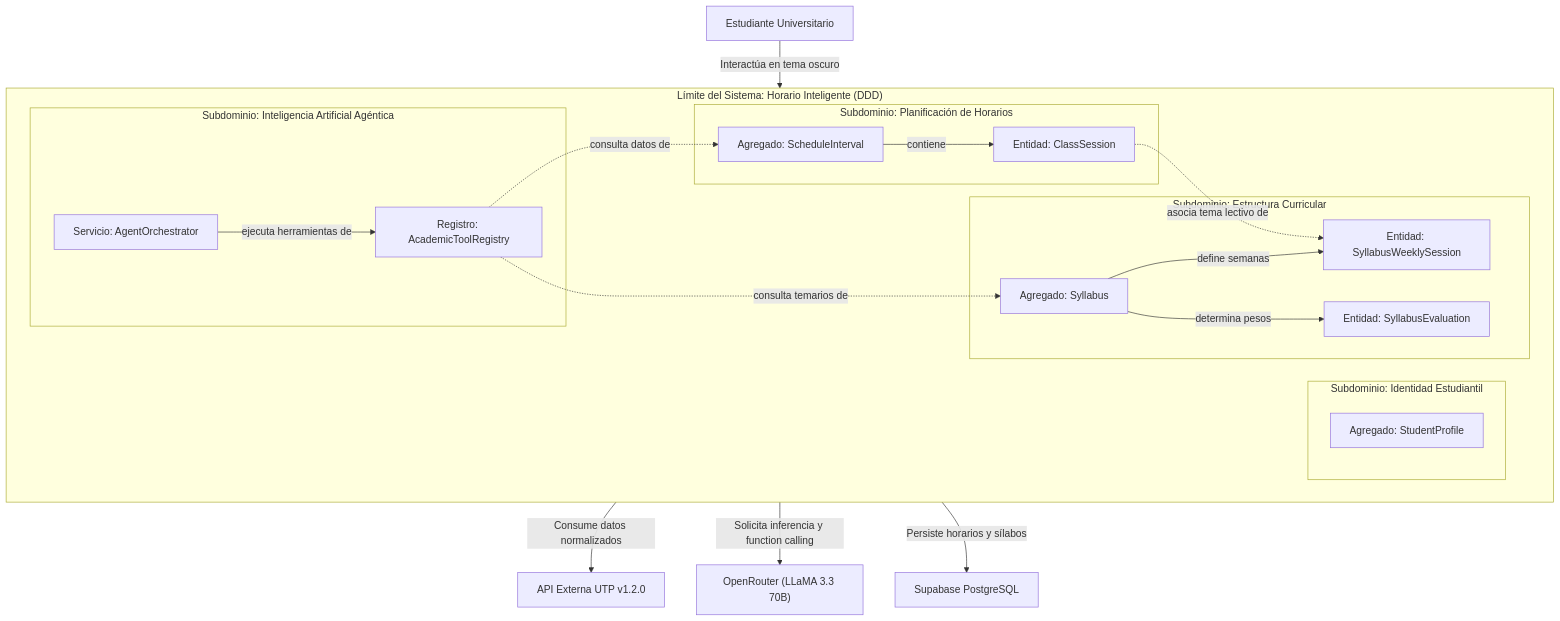
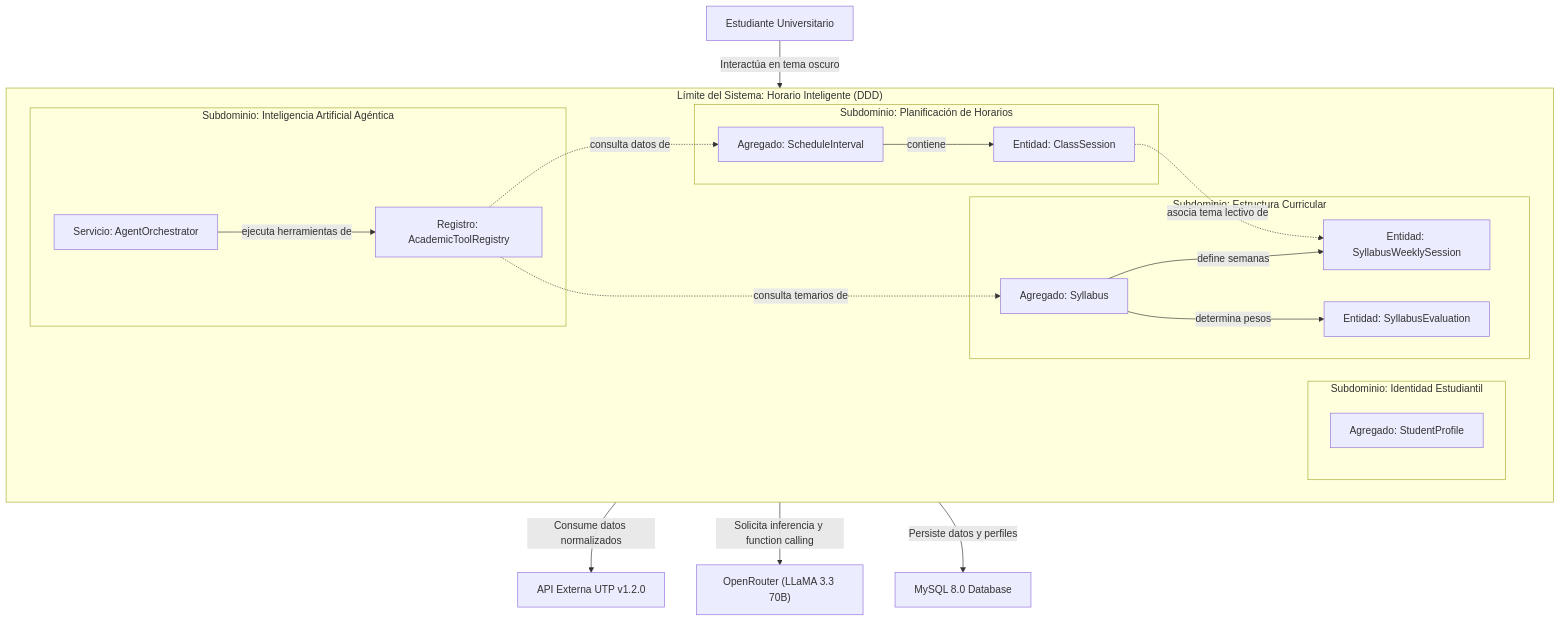
One commit to Joan2022Laurente/horarioInteligente changed the second of 9 diagrams in INFORME_TECNICO_PROYECTO.md. Above: the diagram before and after it, drawn with Mermaid. The commit also changed other lines of this file and 12 other files, not shown here.

````diff
--- a/INFORME_TECNICO_PROYECTO.md
+++ b/INFORME_TECNICO_PROYECTO.md
@@ -326,37 +326,37 @@
 ```mermaid
 graph TB
     subgraph DominioAcademico["Límite del Sistema: Horario Inteligente (DDD)"]
         subgraph SubdominioHorario["Subdominio: Planificación de Horarios"]
             ScheduleInterval["Agregado: ScheduleInterval"]
             ClassSession["Entidad: ClassSession"]
             ScheduleInterval -->|contiene| ClassSession
         end
 
         subgraph SubdominioSilabo["Subdominio: Estructura Curricular"]
             Syllabus["Agregado: Syllabus"]
             SyllabusSession["Entidad: SyllabusWeeklySession"]
             Evaluation["Entidad: SyllabusEvaluation"]
             Syllabus -->|define semanas| SyllabusSession
             Syllabus -->|determina pesos| Evaluation
         end
 
         subgraph SubdominioEstudiante["Subdominio: Identidad Estudiantil"]
             StudentProfile["Agregado: StudentProfile"]
         end
 
         subgraph SubdominioAsistenteIA["Subdominio: Inteligencia Artificial Agéntica"]
             AgentOrchestrator["Servicio: AgentOrchestrator"]
             ToolRegistry["Registro: AcademicToolRegistry"]
             AgentOrchestrator -->|ejecuta herramientas de| ToolRegistry
         end
 
         ClassSession -.->|asocia tema lectivo de| SyllabusSession
         ToolRegistry -.->|consulta datos de| ScheduleInterval
         ToolRegistry -.->|consulta temarios de| Syllabus
     end
 
     Usuario["Estudiante Universitario"] -->|Interactúa en tema oscuro| DominioAcademico
     DominioAcademico -->|Consume datos normalizados| ApiExterna["API Externa UTP v1.2.0"]
     DominioAcademico -->|Solicita inferencia y function calling| OpenRouter["OpenRouter (LLaMA 3.3 70B)"]
-    DominioAcademico -->|Persiste horarios y sílabos| SupabaseDB["Supabase PostgreSQL"]
+    DominioAcademico -->|Persiste datos y perfiles| MySqlDB["MySQL 8.0 Database"]
 ```
````
